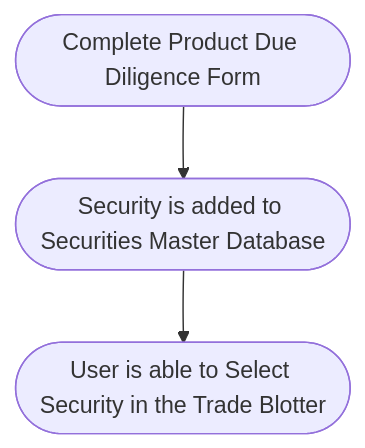
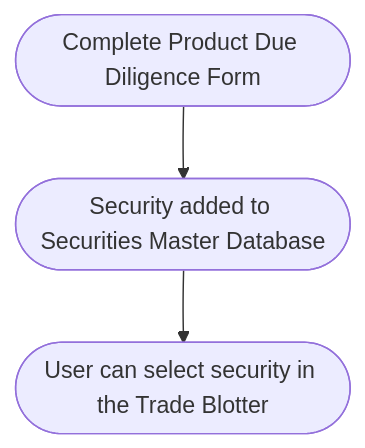
Before and after one commit to alphauser-one/docs: the diagram in introduction.mdx, drawn with Mermaid.

Commit message:
Documentation edits made through Mintlify web editor

````diff
--- a/introduction.mdx
+++ b/introduction.mdx
@@ -26,4 +26,4 @@
 ```mermaid
 flowchart TD 
-A([Complete Product Due Diligence Form]) --> B([Security is added to Securities Master Database]) --> C([User is able to Select Security in the Trade Blotter ])
+A([Complete Product Due Diligence Form]) --> B([Security added to Securities Master Database]) --> C([User can select security in the Trade Blotter])
 ```
````
